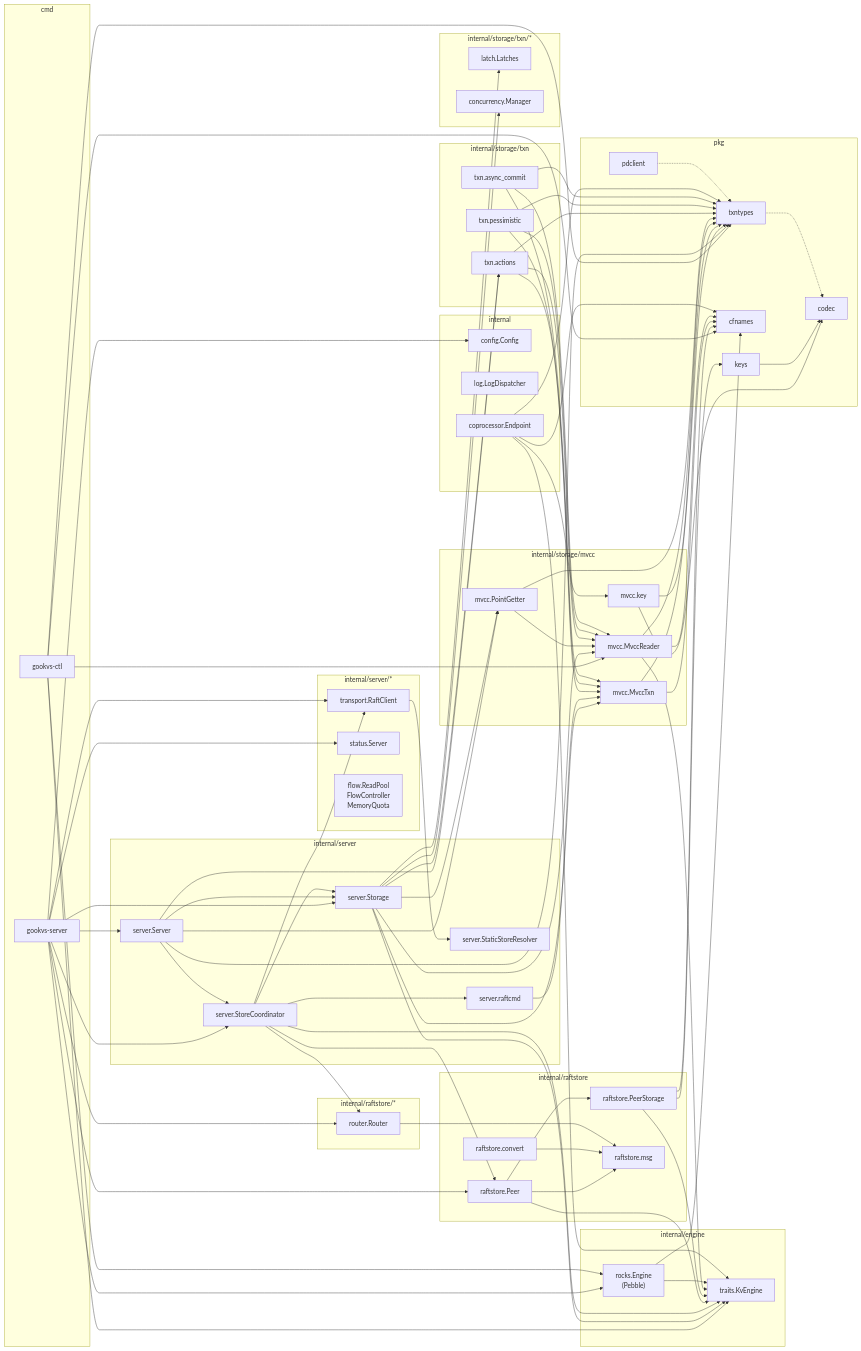
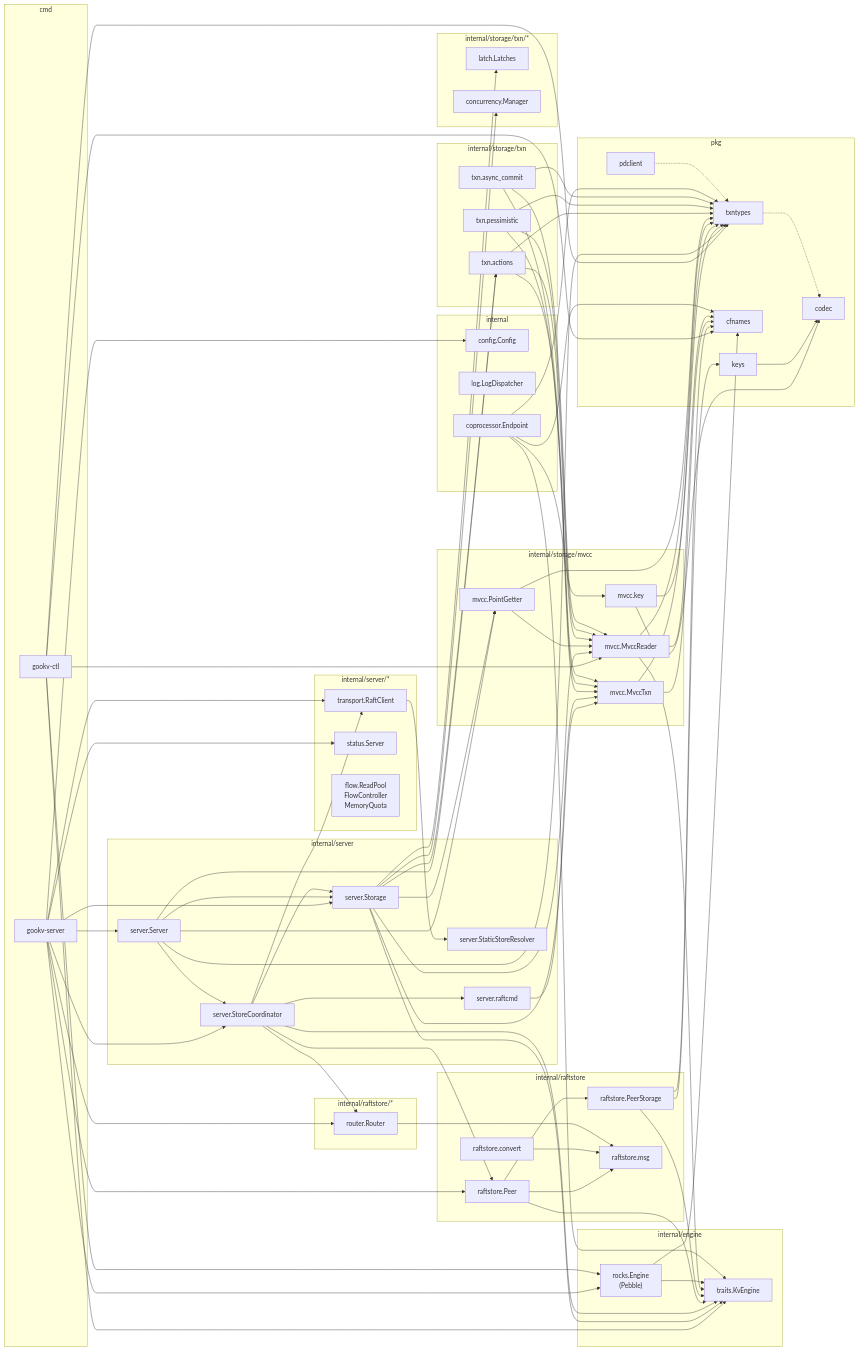
The second of 2 diagrams in impl_doc_0318/00_overview.md (ryogrid/gookv), drawn with Mermaid before and after one commit. The commit also changed other lines of this file and 126 other files, not shown here.

Commit message:
rename gookvs to gookv

````diff
--- a/impl_doc_0318/00_overview.md
+++ b/impl_doc_0318/00_overview.md
@@ -266,8 +266,8 @@
 ```mermaid
 graph LR
     subgraph "cmd"
-        SERVER["gookvs-server"]
-        CTL["gookvs-ctl"]
+        SERVER["gookv-server"]
+        CTL["gookv-ctl"]
     end
 
     subgraph "internal/server"
````
